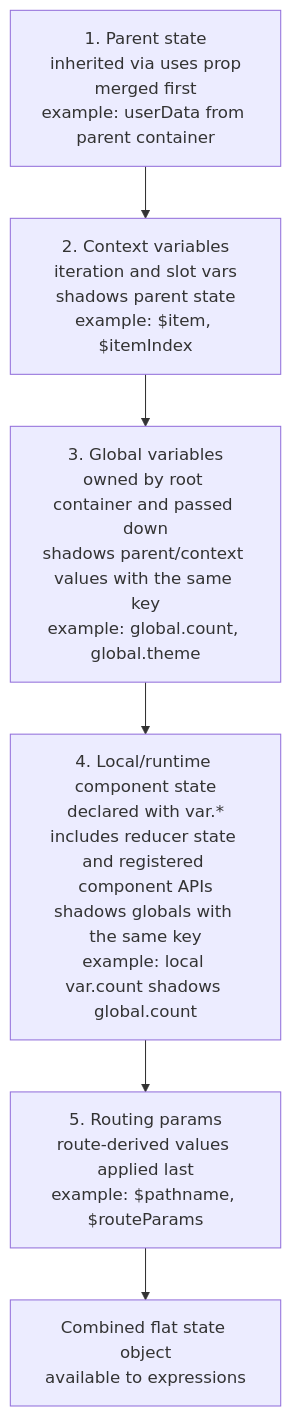
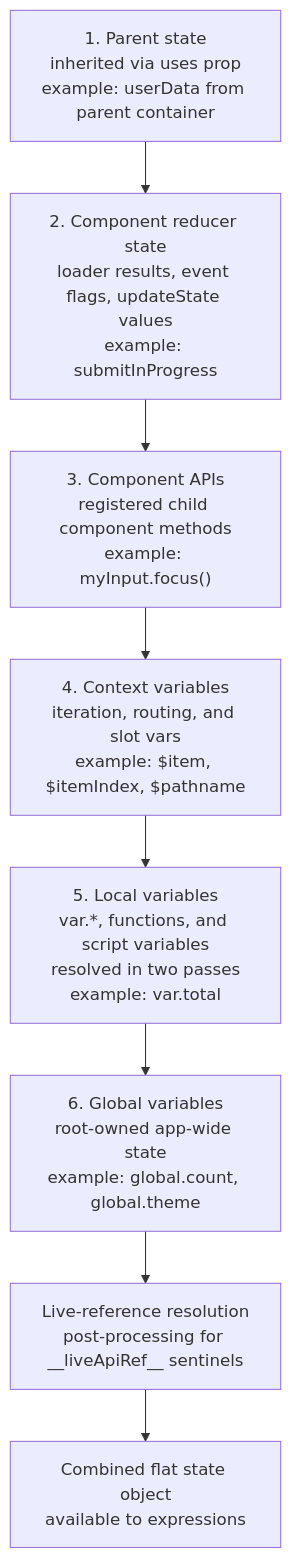
One commit to xmlui-org/xmlui changed the fourth of 5 diagrams in xmlui/dev-docs/guide/01-mental-model.md. Above: the diagram before and after it, drawn with Mermaid. The commit also changed other lines of this file and 35 other files, not shown here.

````diff
--- a/xmlui/dev-docs/guide/01-mental-model.md
+++ b/xmlui/dev-docs/guide/01-mental-model.md
@@ -259,11 +261,13 @@
 ```mermaid
 flowchart TB
-  parent["1. Parent state<br/>inherited via uses prop<br/>merged first<br/>example: userData from parent container"]
-  context["2. Context variables<br/>iteration and slot vars<br/>shadows parent state<br/>example: $item, $itemIndex"]
-  globals["3. Global variables<br/>owned by root container and passed down<br/>shadows parent/context values with the same key<br/>example: global.count, global.theme"]
-  local["4. Local/runtime component state<br/>declared with var.*<br/>includes reducer state and registered component APIs<br/>shadows globals with the same key<br/>example: local var.count shadows global.count"]
-  routing["5. Routing params<br/>route-derived values applied last<br/>example: $pathname, $routeParams"]
+  parent["1. Parent state<br/>inherited via uses prop<br/>example: userData from parent container"]
+  reducer["2. Component reducer state<br/>loader results, event flags, updateState values<br/>example: submitInProgress"]
+  apis["3. Component APIs<br/>registered child component methods<br/>example: myInput.focus()"]
+  context["4. Context variables<br/>iteration, routing, and slot vars<br/>example: $item, $itemIndex, $pathname"]
+  local["5. Local variables<br/>var.*, functions, and script variables<br/>resolved in two passes<br/>example: var.total"]
+  globals["6. Global variables<br/>root-owned app-wide state<br/>example: global.count, global.theme"]
+  liveRefs["Live-reference resolution<br/>post-processing for __liveApiRef__ sentinels"]
   combined["Combined flat state object<br/>available to expressions"]
 
-  parent --> context --> globals --> local --> routing --> combined
+  parent --> reducer --> apis --> context --> local --> globals --> liveRefs --> combined
 ```
````
